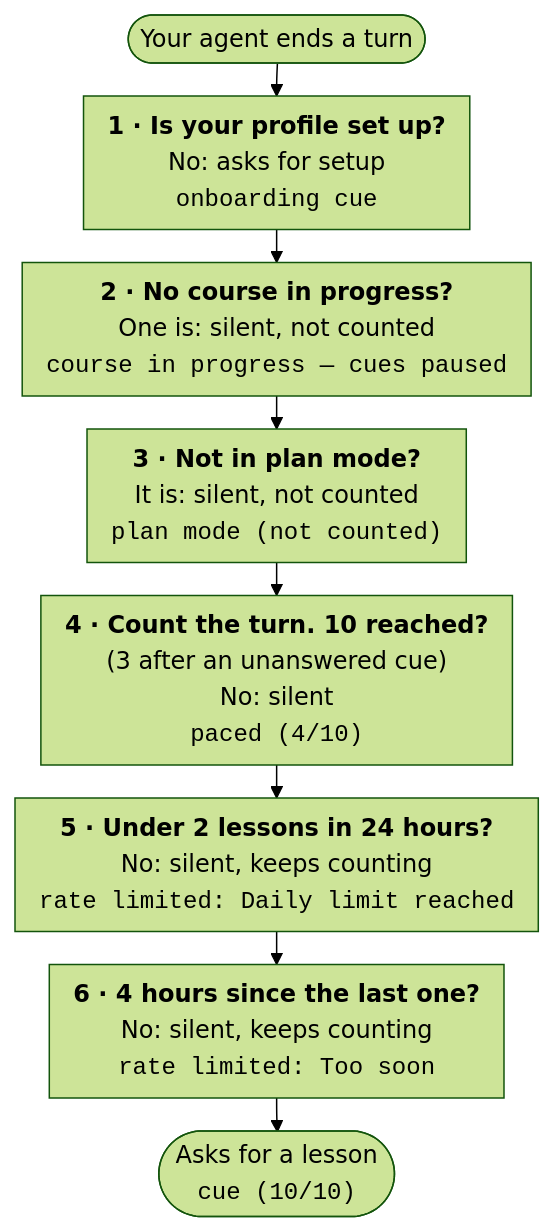
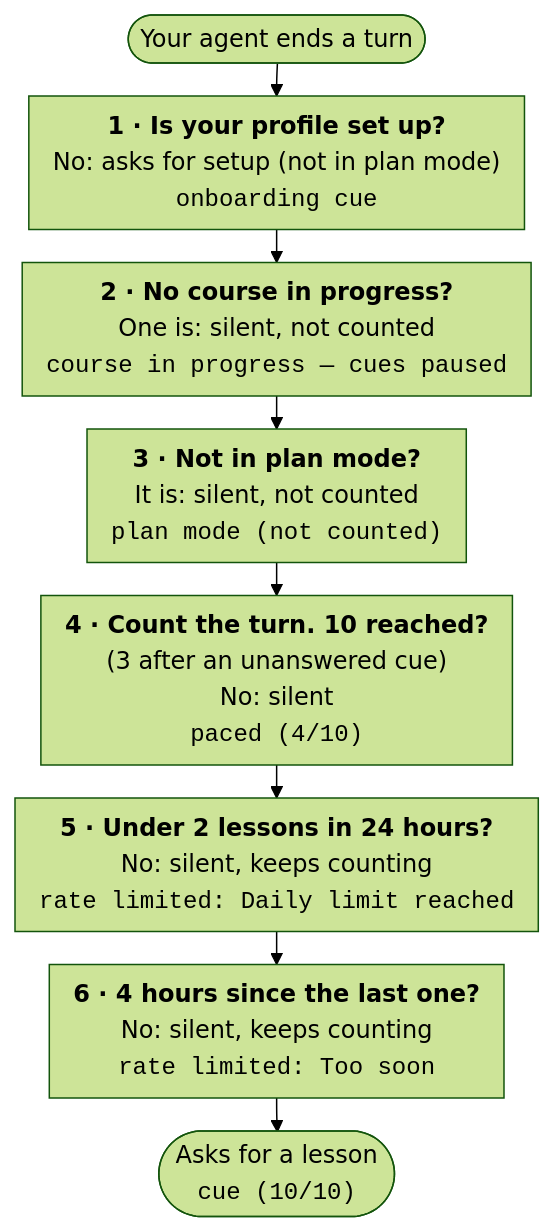
One commit to UltimaPhoenix/dev-coach changed the fourth of 4 diagrams in docs/how-it-works.md. Above: the diagram before and after it, drawn with Mermaid (forest theme). The commit also changed other lines of this file, not shown here.

Commit message:
docs: how it works, fixes from verification
An independent check against a real hook trace confirmed the ladder and
found two small gaps.

- Check 1 of the ladder: the setup request does not come in plan mode
  (the hook stays silent there).
- Automatic (Deep): it is your agent that reads conversation text, with
  a link to what that means on Privacy & security.

Claude-Session: https://claude.ai/code/session_01NrnCoNszDPBcY6KggBT5JE

````diff
--- a/docs/how-it-works.md
+++ b/docs/how-it-works.md
@@ -143,12 +143,12 @@
 ```mermaid
 %%{init: {"flowchart": {"nodeSpacing": 18, "rankSpacing": 22, "padding": 8, "wrappingWidth": 320}}}%%
 flowchart TD
     T(["Your agent ends a turn"]) --> O
-    O["<b>1 · Is your profile set up?</b><br/>No: asks for setup<br/><code>onboarding cue</code>"] --> C
+    O["<b>1 · Is your profile set up?</b><br/>No: asks for setup (not in plan mode)<br/><code>onboarding cue</code>"] --> C
     C["<b>2 · No course in progress?</b><br/>One is: silent, not counted<br/><code>course in progress — cues paused</code>"] --> P
     P["<b>3 · Not in plan mode?</b><br/>It is: silent, not counted<br/><code>plan mode (not counted)</code>"] --> N
     N["<b>4 · Count the turn. 10 reached?</b><br/>(3 after an unanswered cue)<br/>No: silent<br/><code>paced (4/10)</code>"] --> D
     D["<b>5 · Under 2 lessons in 24 hours?</b><br/>No: silent, keeps counting<br/><code>rate limited: Daily limit reached</code>"] --> G
     G["<b>6 · 4 hours since the last one?</b><br/>No: silent, keeps counting<br/><code>rate limited: Too soon</code>"] --> L
     L(["Asks for a lesson<br/><code>cue (10/10)</code>"]):::primary
 ```
````
